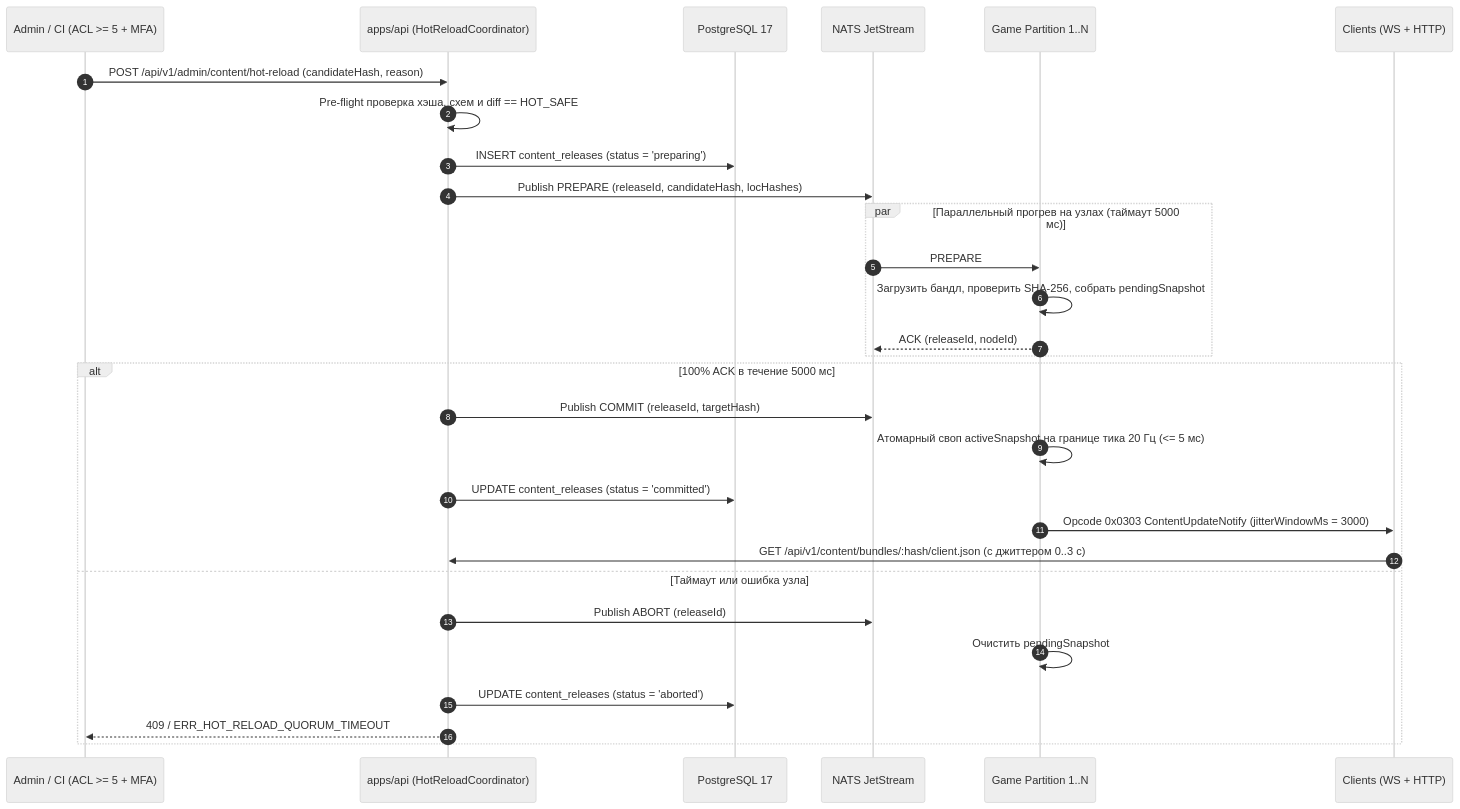
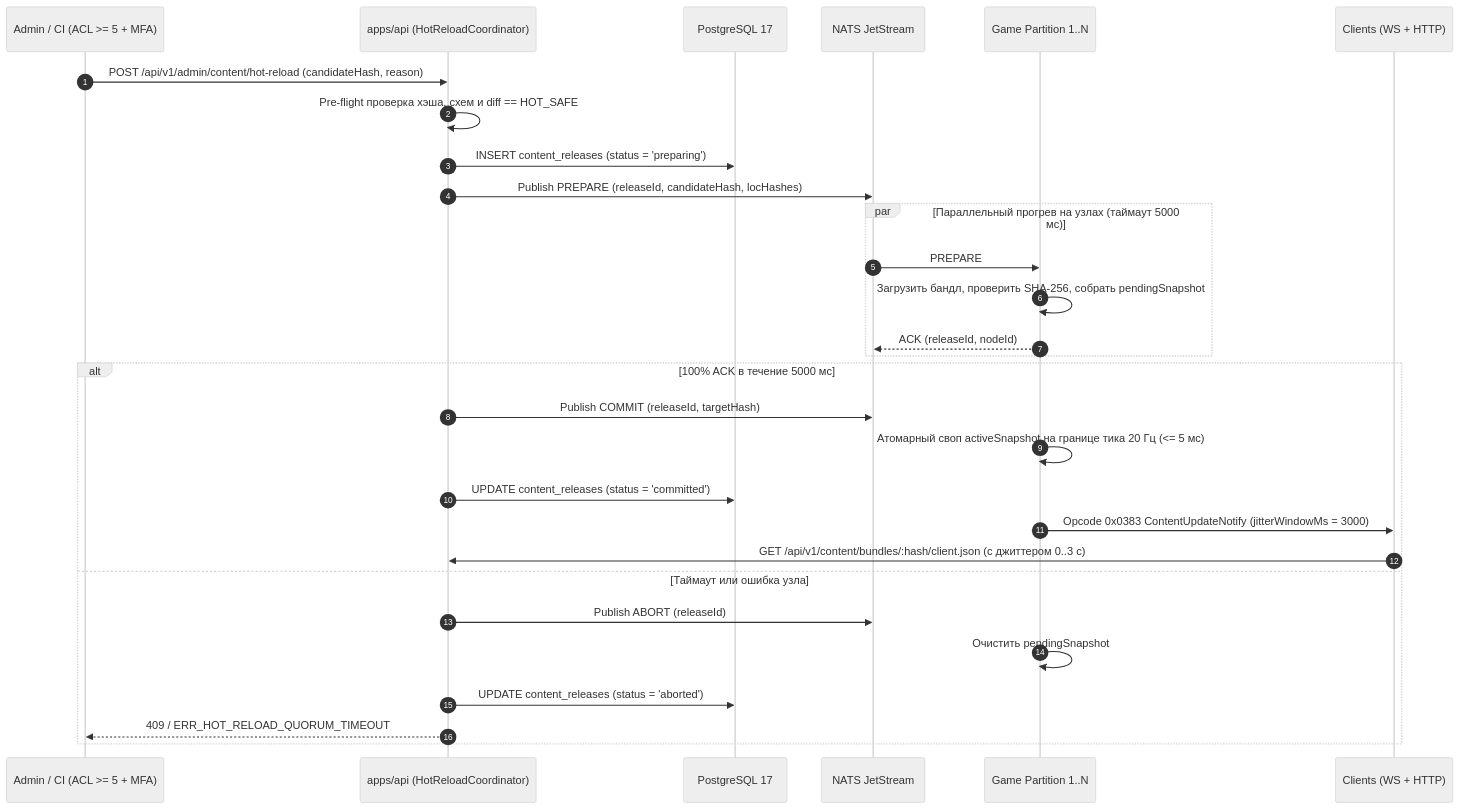
The second of 3 diagrams in openspec/changes/p30-content-pipeline/design.md (SergioAndreev/uo3), drawn with Mermaid (neutral theme) before and after one commit. The commit also changed other lines of this file and 188 other files, not shown here.

````diff
--- a/openspec/changes/p30-content-pipeline/design.md
+++ b/openspec/changes/p30-content-pipeline/design.md
@@ -284,32 +284,32 @@
 ```mermaid
 sequenceDiagram
   autonumber
   participant Admin as Admin / CI (ACL >= 5 + MFA)
   participant API as apps/api (HotReloadCoordinator)
   participant PG as PostgreSQL 17
   participant NATS as NATS JetStream
   participant P1 as Game Partition 1..N
   participant Client as Clients (WS + HTTP)
 
   Admin->>API: POST /api/v1/admin/content/hot-reload (candidateHash, reason)
   API->>API: Pre-flight проверка хэша, схем и diff == HOT_SAFE
   API->>PG: INSERT content_releases (status = 'preparing')
   API->>NATS: Publish PREPARE (releaseId, candidateHash, locHashes)
   par Параллельный прогрев на узлах (таймаут 5000 мс)
     NATS->>P1: PREPARE
     P1->>P1: Загрузить бандл, проверить SHA-256, собрать pendingSnapshot
     P1-->>NATS: ACK (releaseId, nodeId)
   end
   alt 100% ACK в течение 5000 мс
     API->>NATS: Publish COMMIT (releaseId, targetHash)
     P1->>P1: Атомарный своп activeSnapshot на границе тика 20 Гц (<= 5 мс)
     API->>PG: UPDATE content_releases (status = 'committed')
-    P1->>Client: Opcode 0x0303 ContentUpdateNotify (jitterWindowMs = 3000)
+    P1->>Client: Opcode 0x0383 ContentUpdateNotify (jitterWindowMs = 3000)
     Client->>API: GET /api/v1/content/bundles/:hash/client.json (с джиттером 0..3 с)
   else Таймаут или ошибка узла
     API->>NATS: Publish ABORT (releaseId)
     P1->>P1: Очистить pendingSnapshot
     API->>PG: UPDATE content_releases (status = 'aborted')
     API-->>Admin: 409 / ERR_HOT_RELOAD_QUORUM_TIMEOUT
   end
 ```
````
